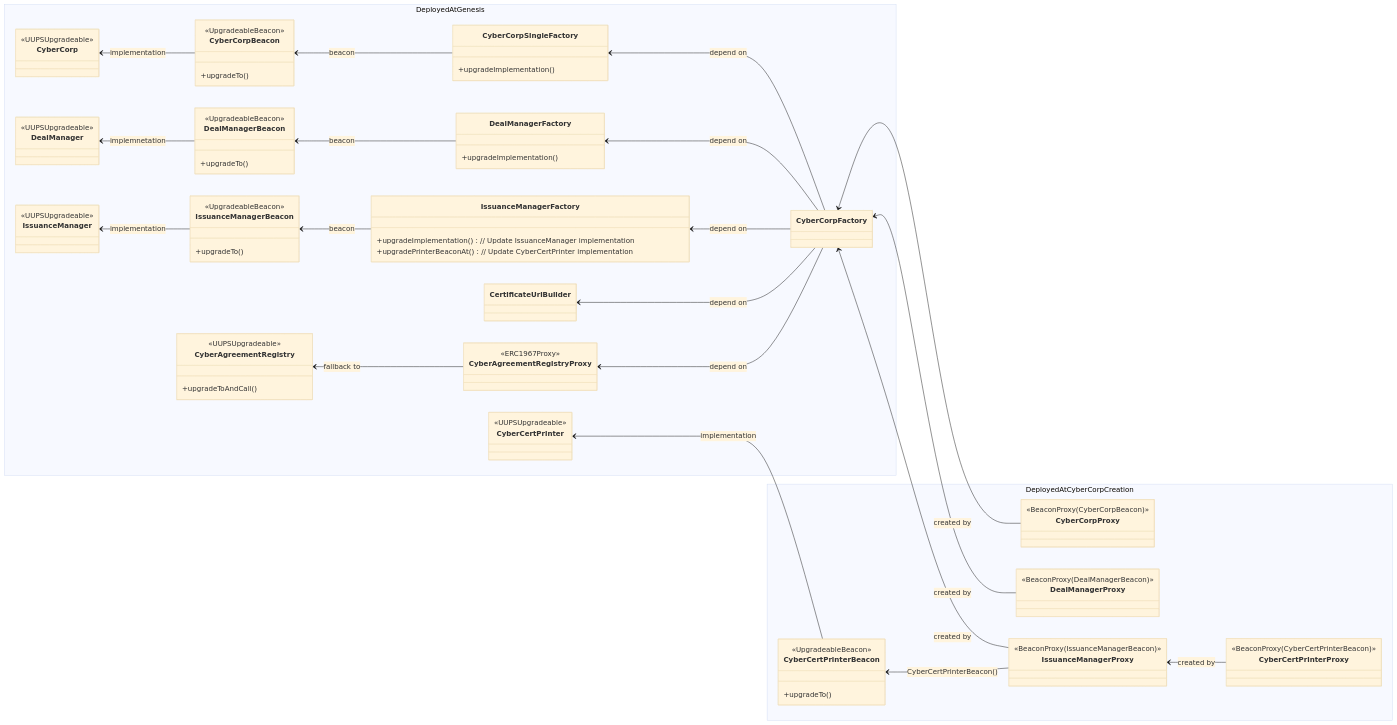
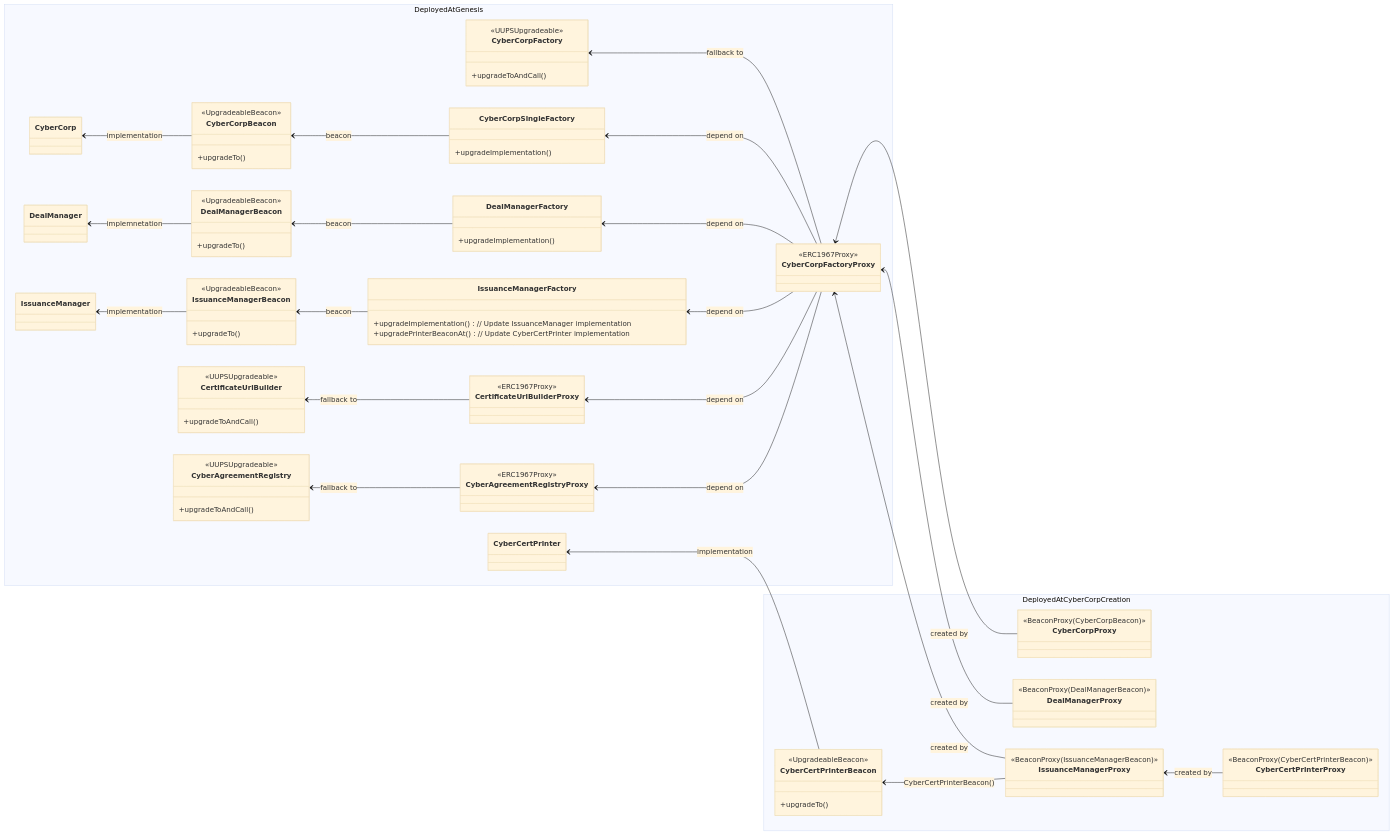
The diagram in reports/upgradeability-analysis.md (MetaLex-Tech/cybercorps-contracts), drawn with Mermaid (base theme) before and after one commit.

Commit message:
chore: Update upgradeability graph

```diff
--- a/reports/upgradeability-analysis.md
+++ b/reports/upgradeability-analysis.md
@@ -5,12 +5,7 @@
     direction LR
 
     namespace DeployedAtGenesis {
-        class CyberCorp {
-            %% TODO Is it necessary? 
-            %%   - Only its factory is authorized, and the factory does not implement logic to call `upgradeToAndCall()` anyways
-            %%   - It is an implementation behind a `UpgradableBeacon` anyways, it shouldn't matter if the implementation itself is immutable or not
-            <<UUPSUpgradeable>>
-        }
+        class CyberCorp
         class CyberCorpBeacon {
             <<UpgradeableBeacon>>
             +upgradeTo()
@@ -18,14 +13,16 @@
         class CyberCorpSingleFactory {
             +upgradeImplementation()
         }
-        class CyberCorpFactory
         
-        class DealManager {
-            %% TODO Is it necessary? 
-            %%   - Only its factory is authorized, and the factory does not implement logic to call `upgradeToAndCall()` anyways
-            %%   - It is an implementation behind a `UpgradableBeacon` anyways, it shouldn't matter if the implementation itself is immutable or not
+        class CyberCorpFactory {
             <<UUPSUpgradeable>>
+            +upgradeToAndCall()
         }
+        class CyberCorpFactoryProxy {
+            <<ERC1967Proxy>>
+        }
+        
+        class DealManager
         class DealManagerBeacon {
             <<UpgradeableBeacon>>
             +upgradeTo()
@@ -34,12 +31,7 @@
             +upgradeImplementation()
         }
         
-        class IssuanceManager {
-            %% TODO Is it necessary? 
-            %%   - Only its factory is authorized, and the factory does not implement logic to call `upgradeToAndCall()` anyways
-            %%   - It is an implementation behind a `UpgradableBeacon` anyways, it shouldn't matter if the implementation itself is immutable or not
-            <<UUPSUpgradeable>>
-        }
+        class IssuanceManager
         class IssuanceManagerBeacon {
             <<UpgradeableBeacon>>
             +upgradeTo()
@@ -49,7 +41,13 @@
             +upgradePrinterBeaconAt() // Update CyberCertPrinter implementation
         }
         
-        class CertificateUriBuilder
+        class CertificateUriBuilder {
+            <<UUPSUpgradeable>>
+            +upgradeToAndCall()
+        }
+        class CertificateUriBuilderProxy {
+            <<ERC1967Proxy>>
+        }
         
         class CyberAgreementRegistry {
             <<UUPSUpgradeable>>
@@ -59,12 +57,7 @@
             <<ERC1967Proxy>>
         }    
     
-        class CyberCertPrinter {
-            %% TODO Is it necessary? 
-            %%   - Only its factory is authorized, and the factory does not implement logic to call `upgradeToAndCall()` anyways
-            %%   - It is an implementation behind a `UpgradableBeacon` anyways, it shouldn't matter if the implementation itself is immutable or not
-            <<UUPSUpgradeable>>
-        } 
+        class CyberCertPrinter 
     }
     
     namespace DeployedAtCyberCorpCreation {
@@ -89,27 +82,30 @@
         }
     }
     
+    CyberCorpFactory <-- CyberCorpFactoryProxy : fallback to
+    
     CyberCorp <-- CyberCorpBeacon : implementation
     CyberCorpBeacon <-- CyberCorpSingleFactory : beacon
-    CyberCorpSingleFactory <-- CyberCorpFactory : depend on
+    CyberCorpSingleFactory <-- CyberCorpFactoryProxy : depend on
     
     DealManager <-- DealManagerBeacon : implemnetation
     DealManagerBeacon <-- DealManagerFactory : beacon
-    DealManagerFactory <-- CyberCorpFactory : depend on
+    DealManagerFactory <-- CyberCorpFactoryProxy : depend on
     
     IssuanceManager <-- IssuanceManagerBeacon : implementation
     IssuanceManagerBeacon <-- IssuanceManagerFactory : beacon
-    IssuanceManagerFactory <-- CyberCorpFactory : depend on
+    IssuanceManagerFactory <-- CyberCorpFactoryProxy : depend on
 
-    CertificateUriBuilder <-- CyberCorpFactory : depend on
+    CertificateUriBuilderProxy <-- CyberCorpFactoryProxy : depend on
+    CertificateUriBuilder <-- CertificateUriBuilderProxy : fallback to
     
     CyberAgreementRegistry <-- CyberAgreementRegistryProxy : fallback to
     
-    CyberAgreementRegistryProxy <-- CyberCorpFactory : depend on
+    CyberAgreementRegistryProxy <-- CyberCorpFactoryProxy : depend on
     
-    CyberCorpFactory <-- CyberCorpProxy : created by
-    CyberCorpFactory <-- IssuanceManagerProxy : created by        
-    CyberCorpFactory <-- DealManagerProxy : created by
+    CyberCorpFactoryProxy <-- CyberCorpProxy : created by
+    CyberCorpFactoryProxy <-- IssuanceManagerProxy : created by        
+    CyberCorpFactoryProxy <-- DealManagerProxy : created by
     
     CyberCertPrinter <-- CyberCertPrinterBeacon : implementation    
     CyberCertPrinterBeacon <-- IssuanceManagerProxy : CyberCertPrinterBeacon()
```
